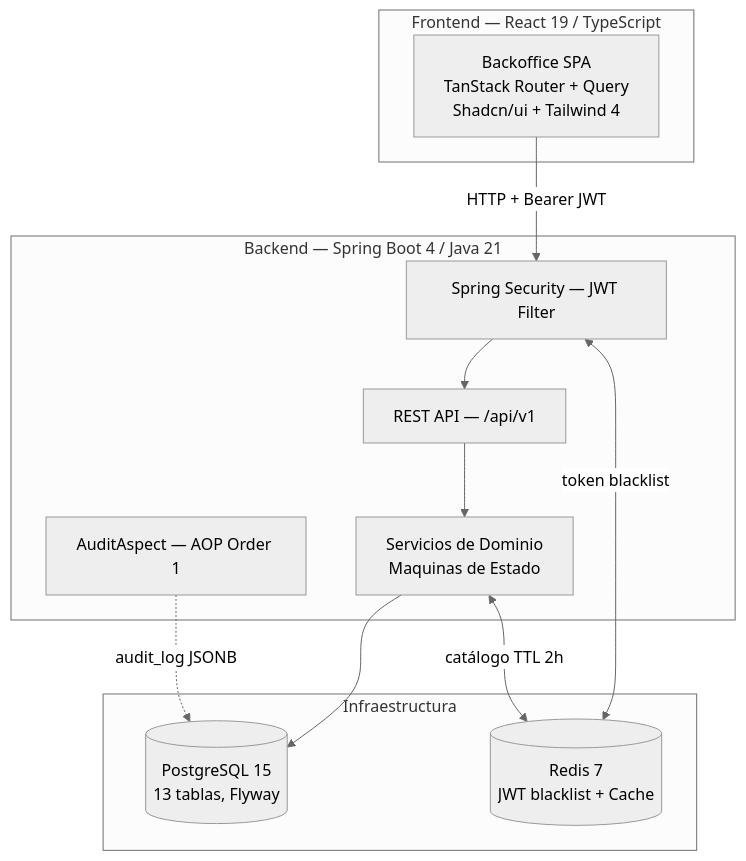
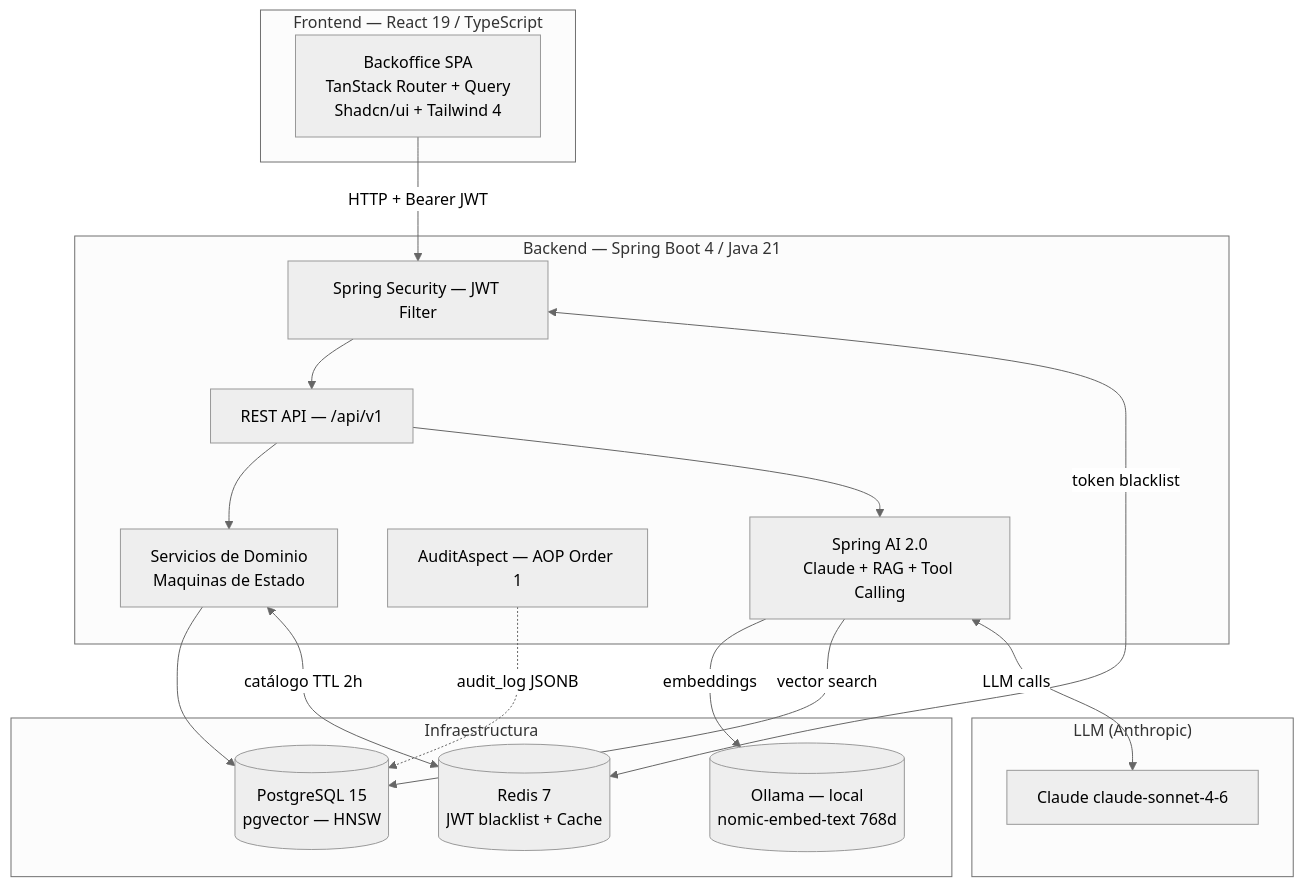
The first of 11 diagrams in README.md (FepDev25/sistema-facturacion-medica-springboot-react-postgresql), drawn with Mermaid (neutral theme) before and after one commit. The commit also changed other lines of this file and 2 other files, not shown here.

````diff
--- a/README.md
+++ b/README.md
@@ -9,26 +9,36 @@
 ```mermaid
 graph TB
     subgraph FE["Frontend — React 19 / TypeScript"]
         UI["Backoffice SPA<br/>TanStack Router + Query<br/>Shadcn/ui + Tailwind 4"]
     end
 
     subgraph BE["Backend — Spring Boot 4 / Java 21"]
         API["REST API — /api/v1"]
         SEC["Spring Security — JWT Filter"]
         SVC["Servicios de Dominio<br/>Maquinas de Estado"]
         AUDIT["AuditAspect — AOP Order 1"]
+        AI["Spring AI 2.0<br/>Claude + RAG + Tool Calling"]
     end
 
     subgraph INFRA["Infraestructura"]
-        PG[("PostgreSQL 15<br/>13 tablas, Flyway")]
+        PG[("PostgreSQL 15<br/>pgvector — HNSW")]
         RD[("Redis 7<br/>JWT blacklist + Cache")]
+        OL[("Ollama — local<br/>nomic-embed-text 768d")]
+    end
+
+    subgraph LLM["LLM (Anthropic)"]
+        CL["Claude claude-sonnet-4-6"]
     end
 
     UI -->|"HTTP + Bearer JWT"| SEC
     SEC --> API
     API --> SVC
+    API --> AI
     SVC --> PG
     AUDIT -.->|audit_log JSONB| PG
     SEC <-->|token blacklist| RD
     SVC <-->|catálogo TTL 2h| RD
+    AI -->|embeddings| OL
+    AI -->|vector search| PG
+    AI <-->|LLM calls| CL
 ```
````
